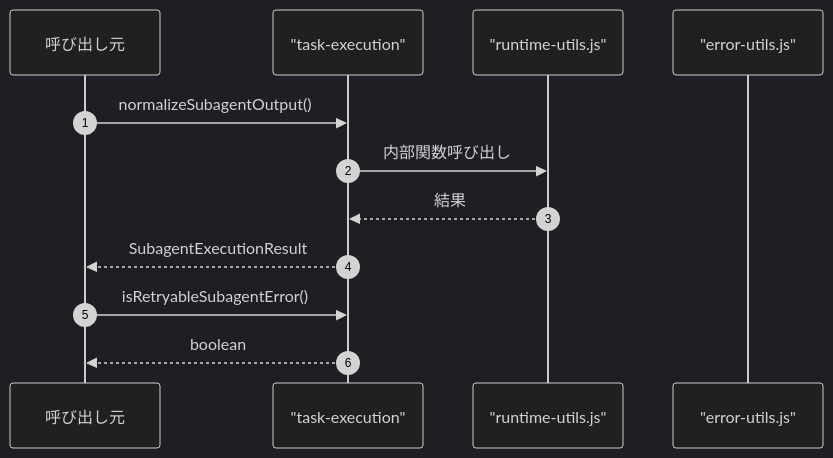
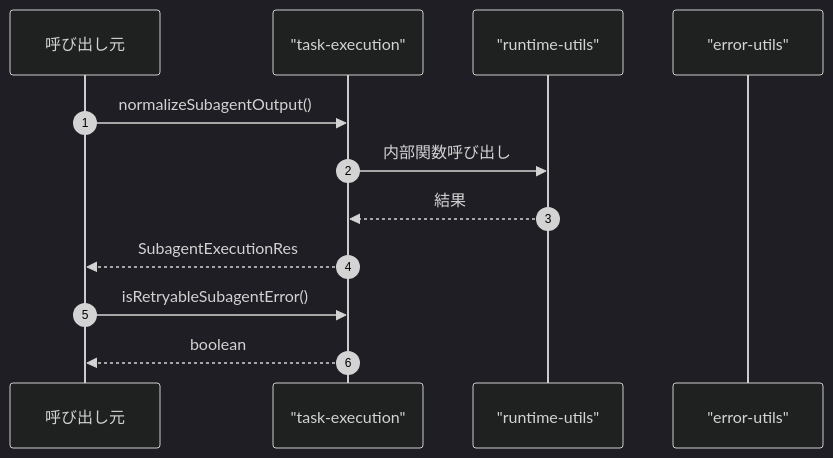
One commit to Mekann2904/mekann changed the fourth of 4 diagrams in ABDD/.pi/extensions/subagents/task-execution.md. Above: the diagram before and after it, drawn with Mermaid (dark theme). The commit also changed other lines of this file and 174 other files, not shown here.

First line of the commit message:
fix(docs): ABDDのMermaid図生成エラーを修正する

````diff
--- a/ABDD/.pi/extensions/subagents/task-execution.md
+++ b/ABDD/.pi/extensions/subagents/task-execution.md
@@ -95,16 +95,16 @@
 ```mermaid
 sequenceDiagram
   autonumber
   participant Caller as 呼び出し元
   participant task_execution as "task-execution"
-  participant runtime_utils_js as "runtime-utils.js"
-  participant error_utils_js as "error-utils.js"
+  participant runtime_utils as "runtime-utils"
+  participant error_utils as "error-utils"
 
   Caller->>task_execution: normalizeSubagentOutput()
-  task_execution->>runtime_utils_js: 内部関数呼び出し
-  runtime_utils_js-->>task_execution: 結果
-  task_execution-->>Caller: SubagentExecutionResult
+  task_execution->>runtime_utils: 内部関数呼び出し
+  runtime_utils-->>task_execution: 結果
+  task_execution-->>Caller: SubagentExecutionRes
 
   Caller->>task_execution: isRetryableSubagentError()
   task_execution-->>Caller: boolean
 ```
````
